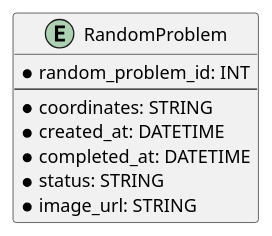
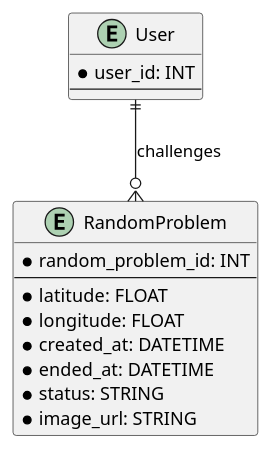
One commit to ZEROYON04/0810hackathon-back changed the diagram in docs/db_schema_random_only.puml. Above: the diagram before and after it, drawn with PlantUML. The commit also changed 3 other files, not shown here.

```diff
--- a/docs/db_schema_random_only.puml
+++ b/docs/db_schema_random_only.puml
@@ -1,13 +1,21 @@
 @startuml db_schema_random_only
+
+entity "User" as user {
+  * user_id: INT
+  --
+}
 
 entity "RandomProblem" as RProblem {
   * random_problem_id: INT
   --
-  * coordinates: STRING
+  * latitude: FLOAT
+  * longitude: FLOAT
   * created_at: DATETIME
-  * completed_at: DATETIME
+  * ended_at: DATETIME
   * status: STRING
   * image_url: STRING
 }
 
+user ||--o{ RProblem : challenges
+
 @enduml
```
